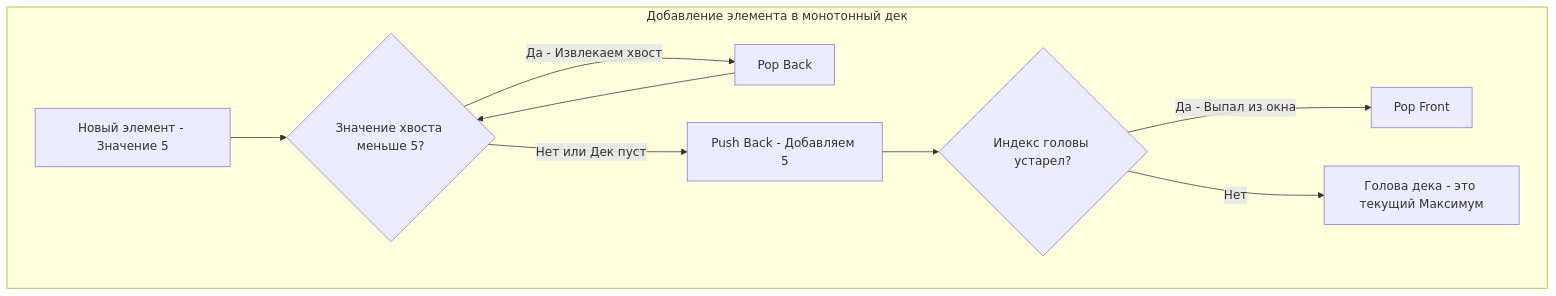
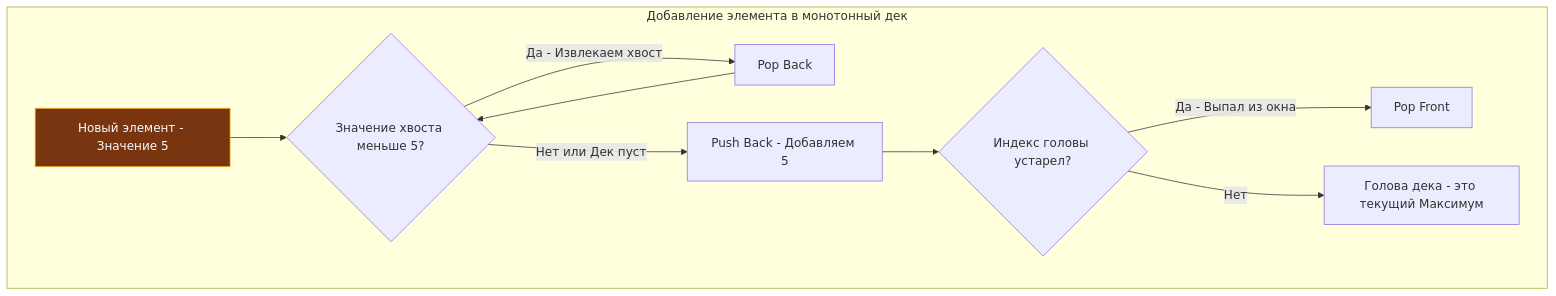
The diagram in sources/21. Задачи с LeetCode и собеседований на Go/02. Задачи/07. Очередь/2. Монотонная очередь.md (UnrealTemplier/go-textbook), drawn with Mermaid before and after one commit. The commit also changed 1666 other files, not shown here.

First line of the commit message:
feat(mermaid): add semantic color classDef to 1369 colorless flowchart/graph diagrams

````diff
--- a/sources/21. Задачи с LeetCode и собеседований на Go/02. Задачи/07. Очередь/2. Монотонная очередь.md
+++ b/sources/21. Задачи с LeetCode и собеседований на Go/02. Задачи/07. Очередь/2. Монотонная очередь.md
@@ -19,15 +19,25 @@
 ```mermaid
 flowchart TD
+    classDef process  fill:#1e293b,stroke:#38bdf8,stroke-width:1px,color:#f8fafc
+    classDef success  fill:#064e3b,stroke:#34d399,stroke-width:1px,color:#f8fafc
+    classDef error    fill:#7f1d1d,stroke:#f87171,stroke-width:1px,color:#f8fafc
+    classDef warning  fill:#78350f,stroke:#fbbf24,stroke-width:1px,color:#f8fafc
+    classDef entry    fill:#1e3a5f,stroke:#38bdf8,stroke-width:2px,color:#f8fafc
+    classDef aux      fill:#334155,stroke:#64748b,stroke-width:1px,color:#f8fafc
+    classDef system   fill:#312e81,stroke:#a78bfa,stroke-width:1px,color:#f8fafc
+    classDef data     fill:#132d29,stroke:#2dd4bf,stroke-width:1px,color:#f8fafc
+    classDef network  fill:#881337,stroke:#fb7185,stroke-width:1px,color:#f8fafc
+    classDef accent   fill:#1e1b4b,stroke:#818cf8,stroke-width:1px,color:#f8fafc
     subgraph Добавление элемента в монотонный дек
-        New["Новый элемент - Значение 5"] --> CheckTail{"Значение хвоста меньше 5?"}
+        New["Новый элемент - Значение 5"]:::warning --> CheckTail{"Значение хвоста меньше 5?"}
         
         CheckTail -->|"Да - Извлекаем хвост"| PopTail["Pop Back"]
         PopTail --> CheckTail
         
         CheckTail -->|"Нет или Дек пуст"| PushTail["Push Back - Добавляем 5"]
         
         PushTail --> CheckHead{"Индекс головы устарел?"}
         CheckHead -->|"Да - Выпал из окна"| PopHead["Pop Front"]
         CheckHead -->|"Нет"| Ready["Голова дека - это текущий Максимум"]
     end
 ```
````
